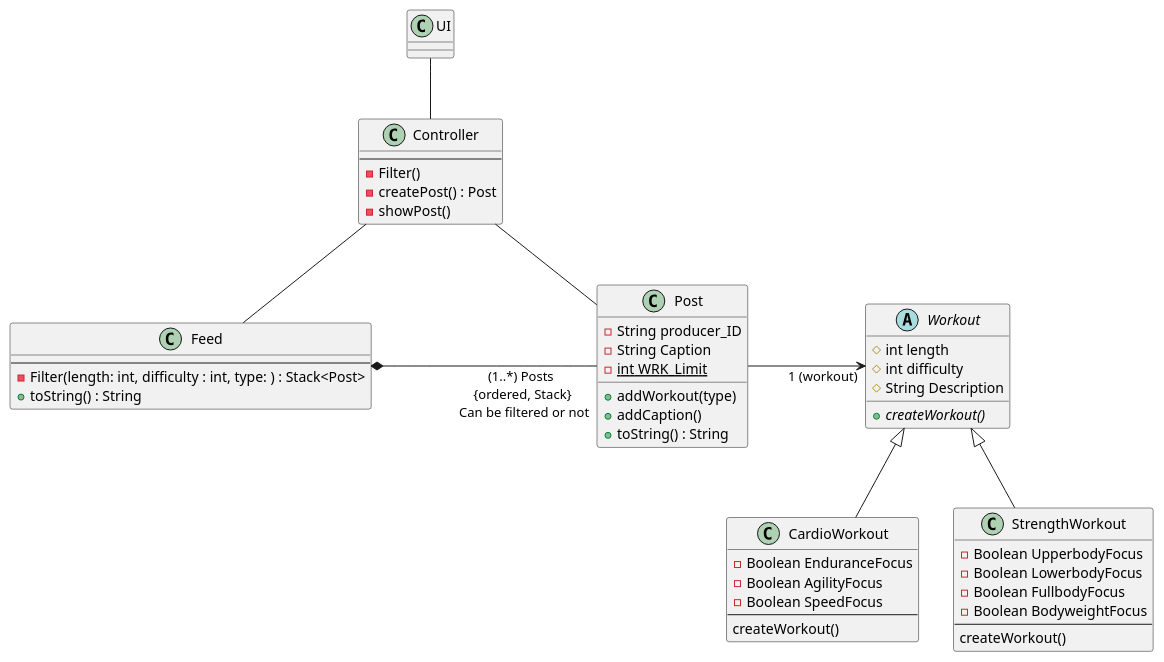
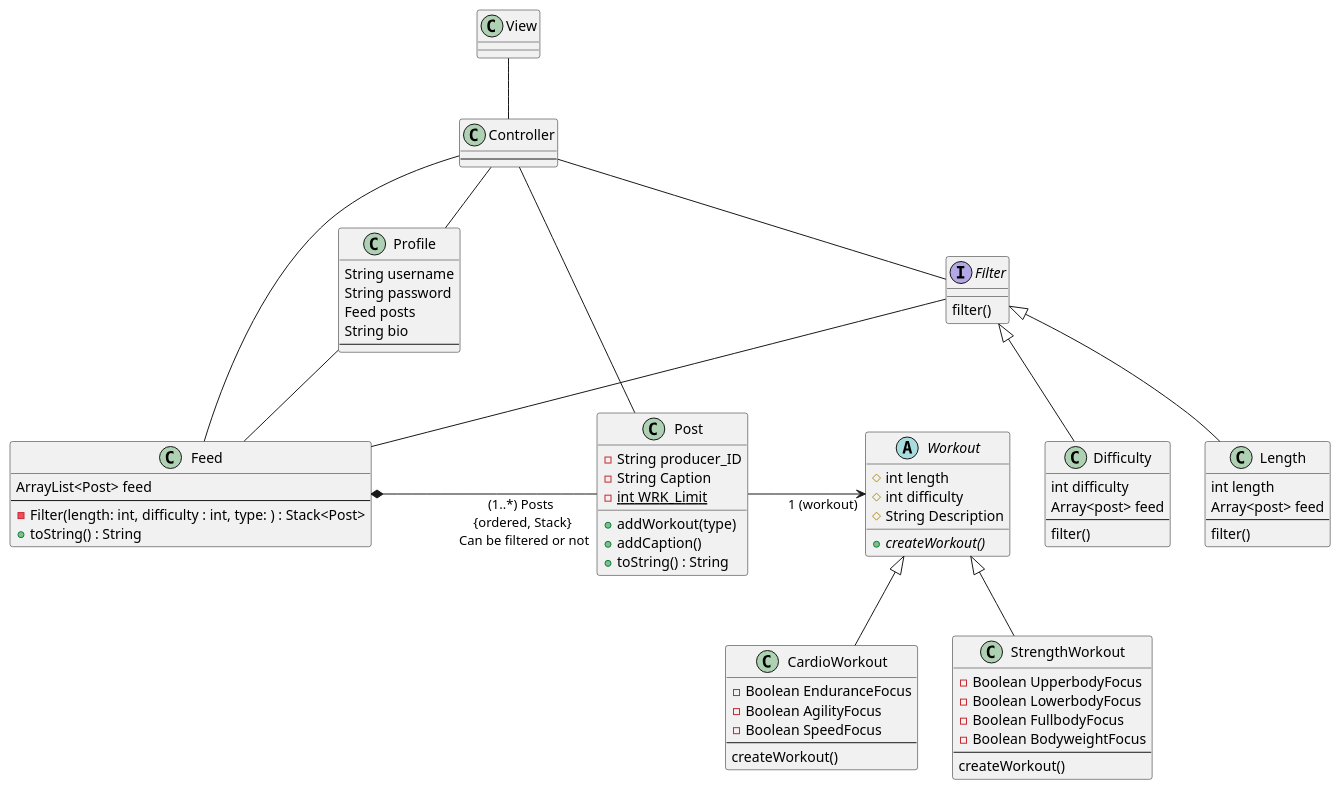
Before and after one commit to arun-guruswamy/workout-networking: the sixth of 6 diagrams in intellij/doc/design.md, drawn with PlantUML. The commit also changed 7 other files, not shown here.

````diff
--- a/intellij/doc/design.md
+++ b/intellij/doc/design.md
@@ -170,6 +170,7 @@
 }
 
 class Feed {
+ArrayList<Post> feed
 --
 -Filter(length: int, difficulty : int, type: ) : Stack<Post> 
 +toString() : String
@@ -177,12 +178,35 @@
 
 class Controller {
 --
--Filter() 
--createPost() : Post 
--showPost()
 }
 
-class UI {
+class View {
+}
+
+class Profile {
+String username
+String password
+Feed posts
+String bio
+--
+}
+
+interface Filter {
+filter()
+}
+
+class Length {
+int length
+Array<post> feed
+--
+filter()
+}
+
+class Difficulty {
+int difficulty
+Array<post> feed
+--
+filter()
 }
 
 Feed *-"(1..*) Posts \n{ordered, Stack}\n Can be filtered or not" Post : \t\t\t\t\t\t\t
@@ -191,6 +215,12 @@
 Workout <|-- StrengthWorkout
 Controller -- Post 
 Controller -- Feed
-UI -- Controller
+Controller -- Profile
+Profile -- Feed
+View -- Controller
+Filter <|-- Length
+Filter <|-- Difficulty
+Filter -- Feed
+Controller -- Filter
 @enduml
 ```
````
